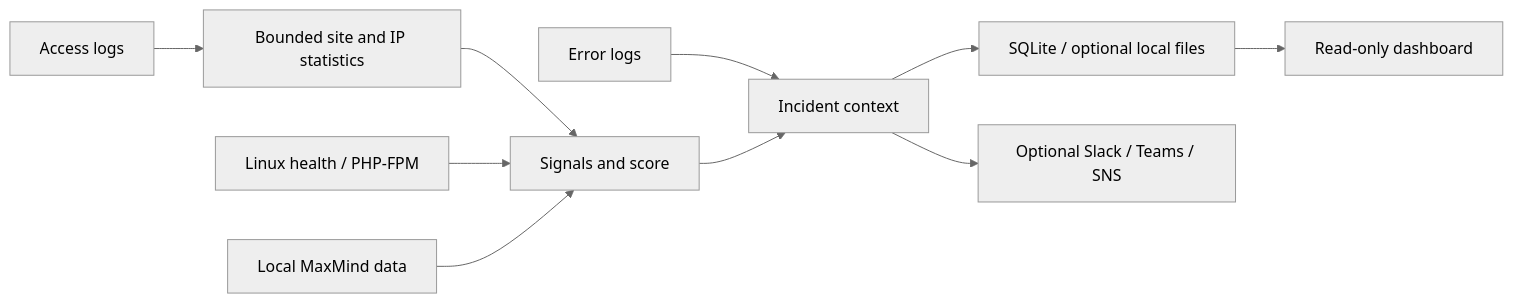
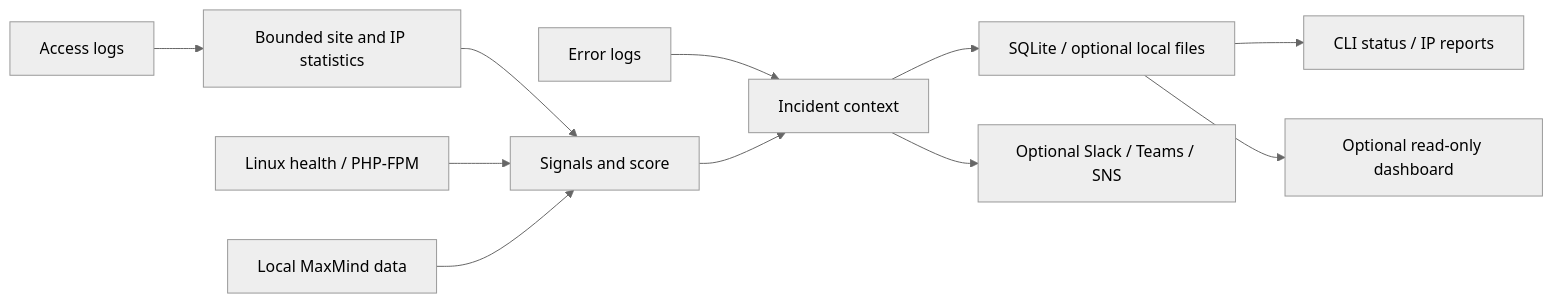
The diagram in README.md (niklashim/ReqSentry), drawn with Mermaid (neutral theme) before and after one commit. The commit also changed other lines of this file and 60 other files, not shown here.

````diff
--- a/README.md
+++ b/README.md
@@ -57,12 +140,13 @@
 ```mermaid
 flowchart LR
     A[Access logs] --> B[Bounded site and IP statistics]
     B --> C[Signals and score]
     H[Linux health / PHP-FPM] --> C
     M[Local MaxMind data] --> C
     E[Error logs] --> X[Incident context]
     C --> X
     X --> D[SQLite / optional local files]
-    D --> U[Read-only dashboard]
+    D --> CLI[CLI status / IP reports]
+    D --> U[Optional read-only dashboard]
     X --> N[Optional Slack / Teams / SNS]
 ```
````
